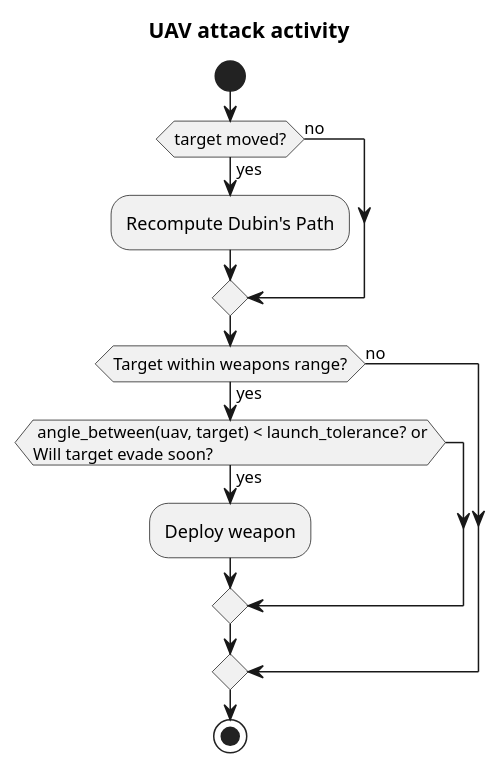
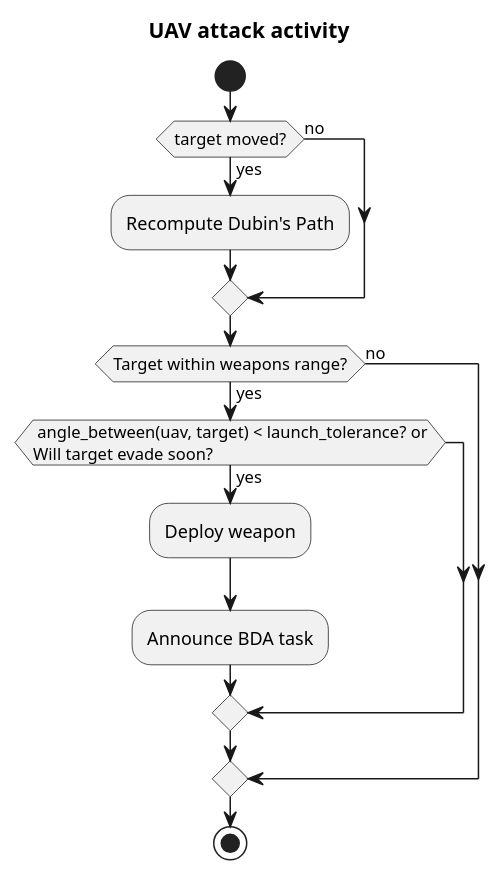
One commit to tansir1/thesis changed the diagram in dissertation/diagrams/uav_activity_attack.pu. Above: the diagram before and after it, drawn with PlantUML. The commit also changed 4 other files, not shown here.

Commit message:
UAV task activity diagram cleanup.

```diff
--- a/dissertation/diagrams/uav_activity_attack.pu
+++ b/dissertation/diagrams/uav_activity_attack.pu
@@ -1,20 +1,21 @@
 @startuml
 
 title UAV attack activity
 
 start
 
 if (target moved?) then (yes)
   :Recompute Dubin's Path;
 else (no)
 endif
 
 if (Target within weapons range?) then (yes)
   if( angle_between(uav, target) < launch_tolerance? or\nWill target evade soon?) then (yes)
     :Deploy weapon;
+    :Announce BDA task;
   endif
 else (no)
 endif
 
 stop
 @enduml
```
